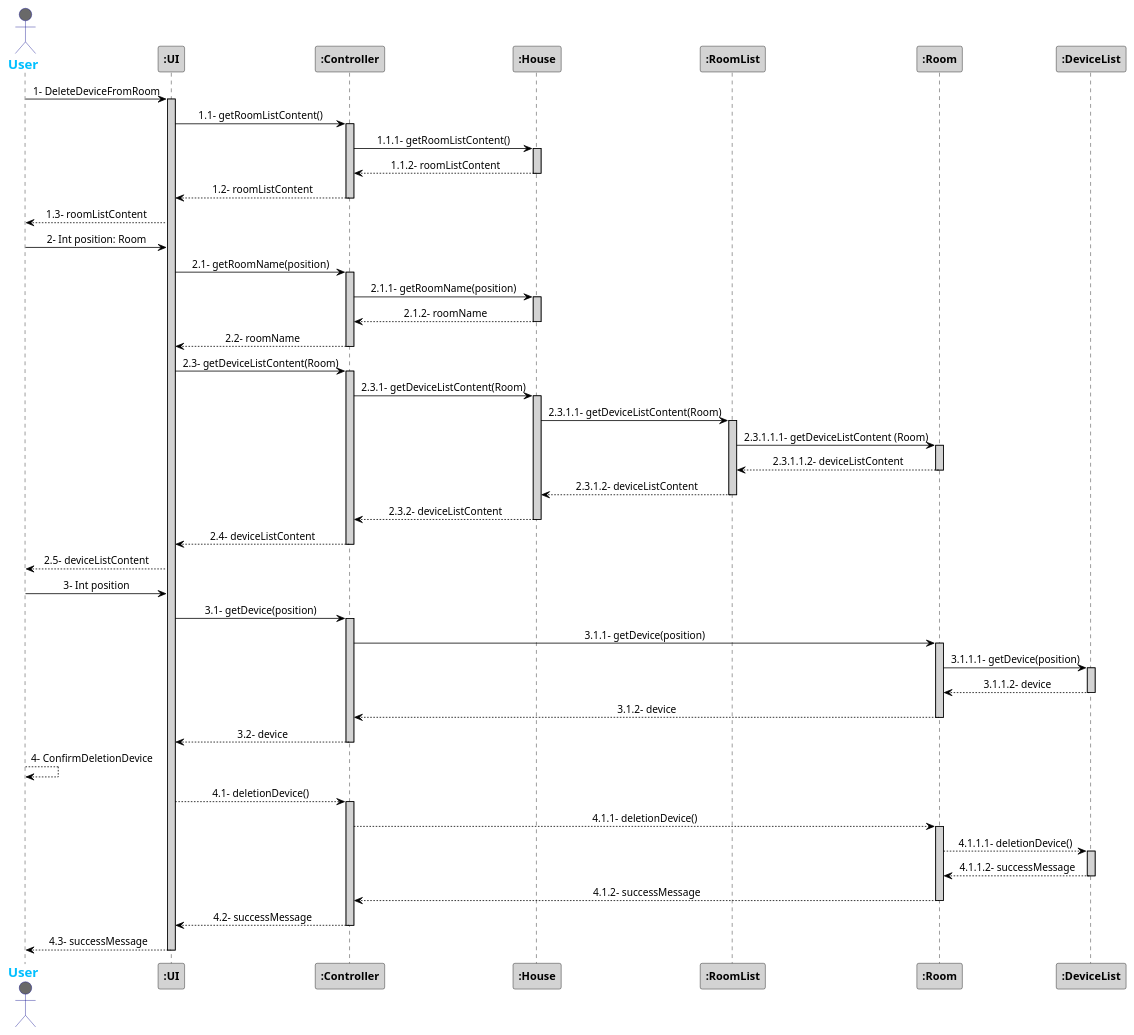
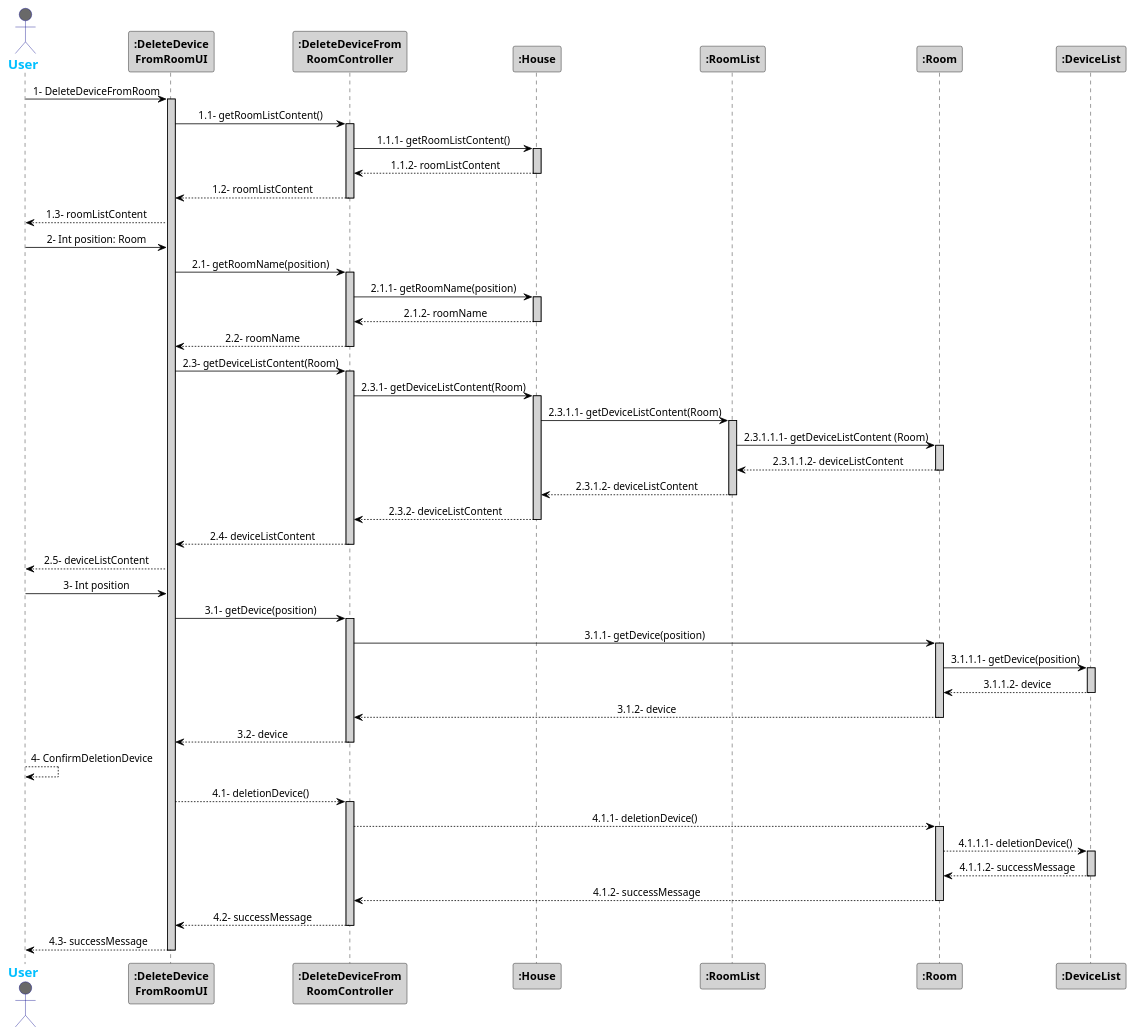
One commit to 1181687/hateoasToy changed the diagram in src/Docs/Sprint3/DeleteDeviceFromRoom.puml. Above: the diagram before and after it, drawn with PlantUML. The commit also changed other lines of this file and 1 other file, not shown here.

Commit message:
More changes on sequence diagrams DeleteDeviceFromRoom and GetEneryConsumptionHouseGridInterval

```diff
--- a/src/Docs/Sprint3/DeleteDeviceFromRoom.puml
+++ b/src/Docs/Sprint3/DeleteDeviceFromRoom.puml
@@ -1,93 +1,93 @@
 @startuml
 skinparam sequenceMessageAlign center
 skinparam sequence {
 	ArrowColor Black
 	ActorBorderColor DarkBlue
 	LifeLineBorderColor black
 	LifeLineBackgroundColor LightGrey
 
 	ParticipantBorderColor Black
 	ParticipantBackgroundColor LightGrey
 	ParticipantFontStyle Bold
 
 	ActorBackgroundColor DimGrey
 	ActorFontColor DeepSkyBlue
 	ActorFontStyle Bold
 	ActorFontSize 17
 	ActorFontName Aapex
 }
 
 actor User
-User -> ":UI": 1- DeleteDeviceFromRoom
-activate ":UI"
-":UI" -> ":Controller": 1.1- getRoomListContent()
-activate ":Controller"
-":Controller" -> ":House": 1.1.1- getRoomListContent()
+User -> ":DeleteDevice\nFromRoomUI": 1- DeleteDeviceFromRoom
+activate ":DeleteDevice\nFromRoomUI"
+":DeleteDevice\nFromRoomUI" -> ":DeleteDeviceFrom\nRoomController": 1.1- getRoomListContent()
+activate ":DeleteDeviceFrom\nRoomController"
+":DeleteDeviceFrom\nRoomController" -> ":House": 1.1.1- getRoomListContent()
 activate ":House"
 
-":Controller" <-- ":House": 1.1.2- roomListContent
+":DeleteDeviceFrom\nRoomController" <-- ":House": 1.1.2- roomListContent
 deactivate ":House"
-":UI" <-- ":Controller": 1.2- roomListContent
-deactivate ":Controller"
-User <-- ":UI": 1.3- roomListContent
+":DeleteDevice\nFromRoomUI" <-- ":DeleteDeviceFrom\nRoomController": 1.2- roomListContent
+deactivate ":DeleteDeviceFrom\nRoomController"
+User <-- ":DeleteDevice\nFromRoomUI": 1.3- roomListContent
 
-User -> ":UI": 2- Int position: Room
-":UI" -> ":Controller": 2.1- getRoomName(position)
-activate ":Controller"
-":Controller" -> ":House": 2.1.1- getRoomName(position)
+User -> ":DeleteDevice\nFromRoomUI": 2- Int position: Room
+":DeleteDevice\nFromRoomUI" -> ":DeleteDeviceFrom\nRoomController": 2.1- getRoomName(position)
+activate ":DeleteDeviceFrom\nRoomController"
+":DeleteDeviceFrom\nRoomController" -> ":House": 2.1.1- getRoomName(position)
 activate ":House"
-":Controller" <-- ":House": 2.1.2- roomName
+":DeleteDeviceFrom\nRoomController" <-- ":House": 2.1.2- roomName
 deactivate ":House"
-":UI" <-- ":Controller": 2.2- roomName
-deactivate ":Controller"
+":DeleteDevice\nFromRoomUI" <-- ":DeleteDeviceFrom\nRoomController": 2.2- roomName
+deactivate ":DeleteDeviceFrom\nRoomController"
 
 
-":UI" -> ":Controller": 2.3- getDeviceListContent(Room)
-activate ":Controller"
-":Controller" -> ":House": 2.3.1- getDeviceListContent(Room)
+":DeleteDevice\nFromRoomUI" -> ":DeleteDeviceFrom\nRoomController": 2.3- getDeviceListContent(Room)
+activate ":DeleteDeviceFrom\nRoomController"
+":DeleteDeviceFrom\nRoomController" -> ":House": 2.3.1- getDeviceListContent(Room)
 activate ":House"
 ":House" -> ":RoomList": 2.3.1.1- getDeviceListContent(Room)
 activate ":RoomList"
 ":RoomList" -> ":Room": 2.3.1.1.1- getDeviceListContent (Room)
 activate ":Room"
 ":RoomList" <-- ":Room": 2.3.1.1.2- deviceListContent
 deactivate ":Room"
 ":House" <-- ":RoomList":  2.3.1.2- deviceListContent
 deactivate ":RoomList"
-":Controller" <-- ":House": 2.3.2- deviceListContent
+":DeleteDeviceFrom\nRoomController" <-- ":House": 2.3.2- deviceListContent
 deactivate ":House"
-":UI" <-- ":Controller": 2.4- deviceListContent
-deactivate ":Controller"
-User <-- ":UI": 2.5- deviceListContent
+":DeleteDevice\nFromRoomUI" <-- ":DeleteDeviceFrom\nRoomController": 2.4- deviceListContent
+deactivate ":DeleteDeviceFrom\nRoomController"
+User <-- ":DeleteDevice\nFromRoomUI": 2.5- deviceListContent
 
-User -> ":UI": 3- Int position
-":UI" -> ":Controller": 3.1- getDevice(position)
-activate ":Controller"
-":Controller" -> ":Room": 3.1.1- getDevice(position)
+User -> ":DeleteDevice\nFromRoomUI": 3- Int position
+":DeleteDevice\nFromRoomUI" -> ":DeleteDeviceFrom\nRoomController": 3.1- getDevice(position)
+activate ":DeleteDeviceFrom\nRoomController"
+":DeleteDeviceFrom\nRoomController" -> ":Room": 3.1.1- getDevice(position)
 activate ":Room"
 ":Room" -> ":DeviceList": 3.1.1.1- getDevice(position)
 activate ":DeviceList"
 ":Room" <-- ":DeviceList": 3.1.1.2- device
 deactivate ":DeviceList"
-":Controller" <-- ":Room": 3.1.2- device
+":DeleteDeviceFrom\nRoomController" <-- ":Room": 3.1.2- device
 deactivate ":Room"
-":UI" <-- ":Controller": 3.2- device
-deactivate ":Controller"
+":DeleteDevice\nFromRoomUI" <-- ":DeleteDeviceFrom\nRoomController": 3.2- device
+deactivate ":DeleteDeviceFrom\nRoomController"
 
 User --> User: 4- ConfirmDeletionDevice
-":UI" --> ":Controller": 4.1- deletionDevice()
-activate ":Controller"
-":Controller" --> ":Room": 4.1.1- deletionDevice()
+":DeleteDevice\nFromRoomUI" --> ":DeleteDeviceFrom\nRoomController": 4.1- deletionDevice()
+activate ":DeleteDeviceFrom\nRoomController"
+":DeleteDeviceFrom\nRoomController" --> ":Room": 4.1.1- deletionDevice()
 activate ":Room"
 ":Room" --> ":DeviceList": 4.1.1.1- deletionDevice()
 activate ":DeviceList"
 ":Room" <-- ":DeviceList": 4.1.1.2- successMessage
 deactivate ":DeviceList"
-":Controller" <-- ":Room": 4.1.2- successMessage
+":DeleteDeviceFrom\nRoomController" <-- ":Room": 4.1.2- successMessage
 deactivate ":Room"
-":UI" <-- ":Controller": 4.2- successMessage
-deactivate ":Controller"
-User <-- ":UI": 4.3- successMessage
-deactivate ":UI"
+":DeleteDevice\nFromRoomUI" <-- ":DeleteDeviceFrom\nRoomController": 4.2- successMessage
+deactivate ":DeleteDeviceFrom\nRoomController"
+User <-- ":DeleteDevice\nFromRoomUI": 4.3- successMessage
+deactivate ":DeleteDevice\nFromRoomUI"
 
 @enduml
```
